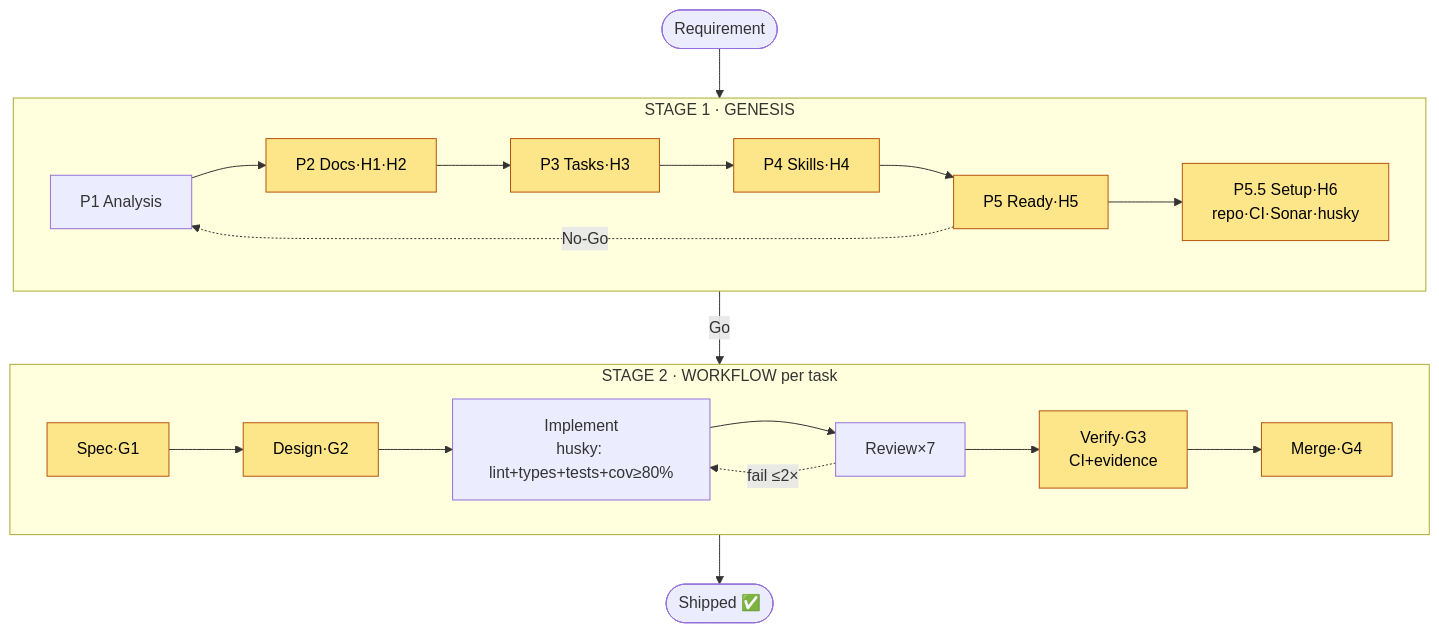
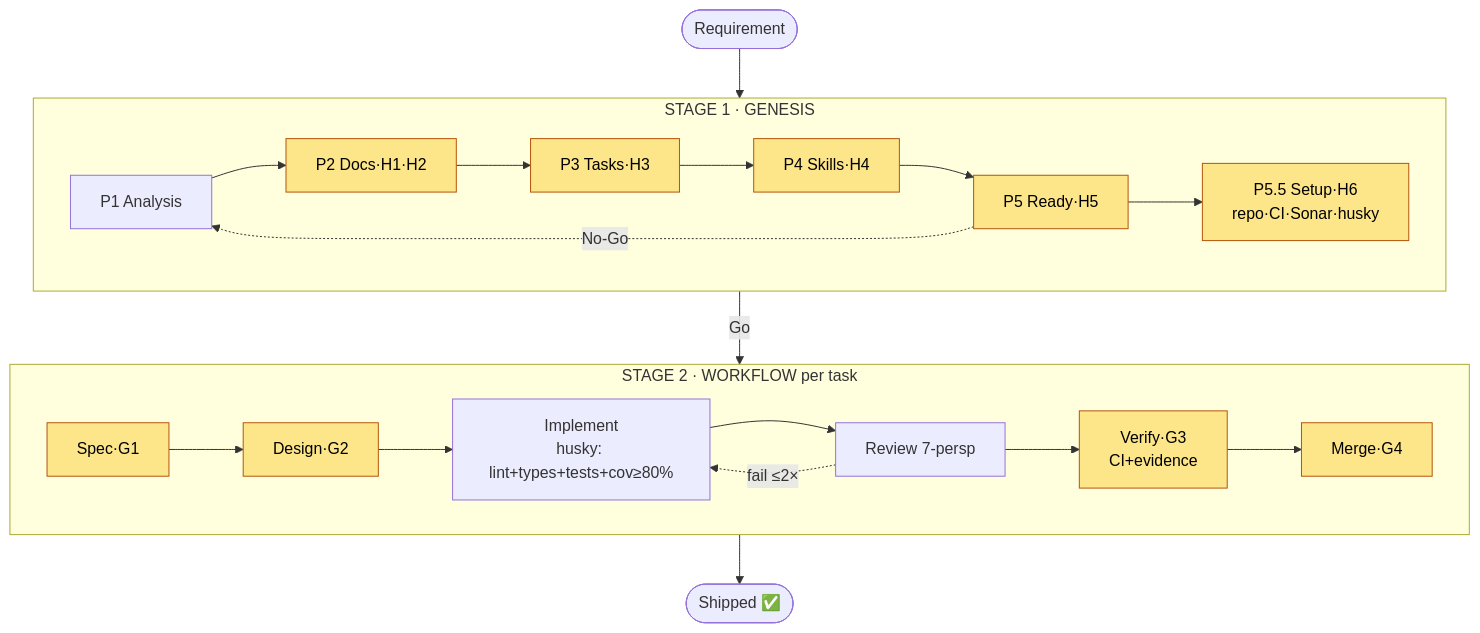
The first of 2 diagrams in .genesis/README.md (Schitzos/workflow), drawn with Mermaid before and after one commit. The commit also changed other lines of this file and 8 other files, not shown here.

````diff
--- a/.genesis/README.md
+++ b/.genesis/README.md
@@ -32,19 +55,19 @@
 ```mermaid
 flowchart TB
     REQ([Requirement]) --> GEN
     subgraph GEN [STAGE 1 · GENESIS]
         direction LR
         P1[P1 Analysis] --> P2[P2 Docs·H1·H2] --> P3[P3 Tasks·H3] --> P4[P4 Skills·H4] --> P5[P5 Ready·H5] --> P55[P5.5 Setup·H6<br/>repo·CI·Sonar·husky]
         P5 -. No-Go .-> P1
     end
     GEN -->|Go| IMPL
     subgraph IMPL [STAGE 2 · WORKFLOW per task]
         direction LR
-        S[Spec·G1] --> D[Design·G2] --> I[Implement<br/>husky: lint+types+tests+cov≥80%] --> R[Review×7] --> V[Verify·G3<br/>CI+evidence] --> M[Merge·G4]
+        S[Spec·G1] --> D[Design·G2] --> I[Implement<br/>husky: lint+types+tests+cov≥80%] --> R[Review 7-persp] --> V[Verify·G3<br/>CI+evidence] --> M[Merge·G4]
         R -. fail ≤2× .-> I
     end
     IMPL --> DONE([Shipped ✅])
 
     classDef gate fill:#fde68a,stroke:#b45309,color:#000;
     class P2,P3,P4,P5,P55,S,D,V,M gate;
 ```
````
